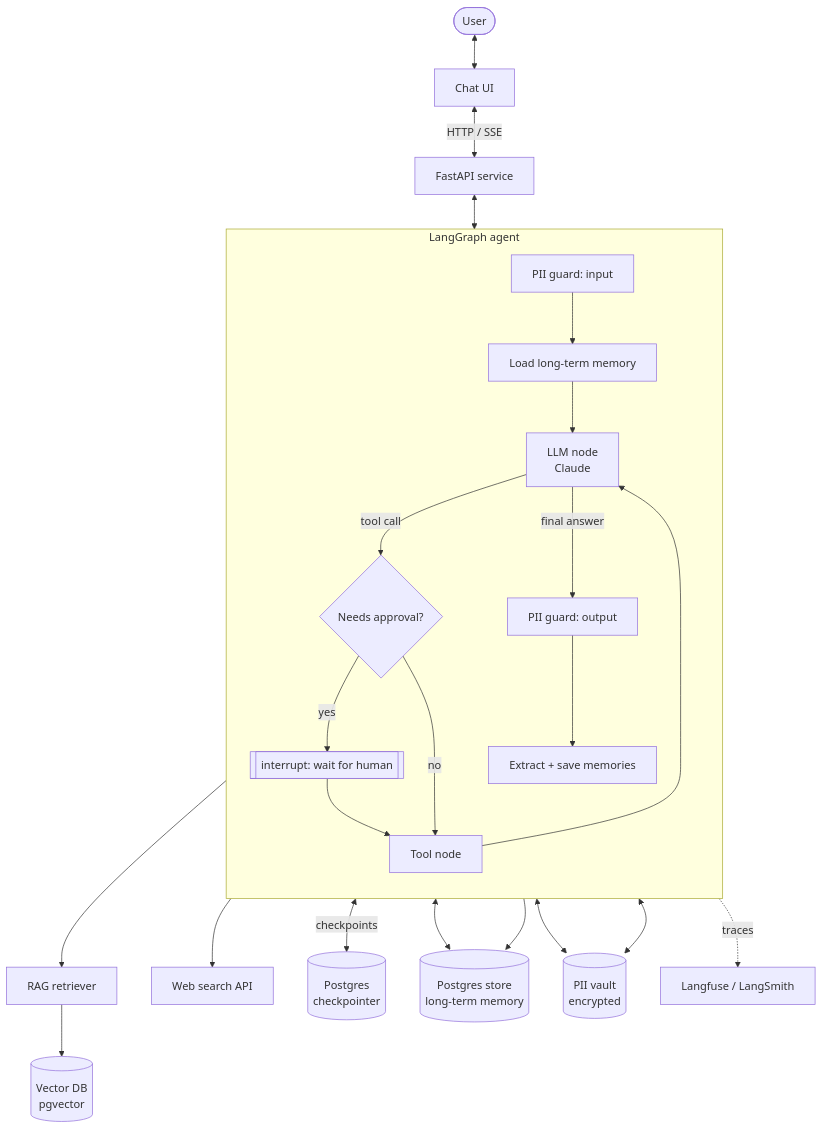
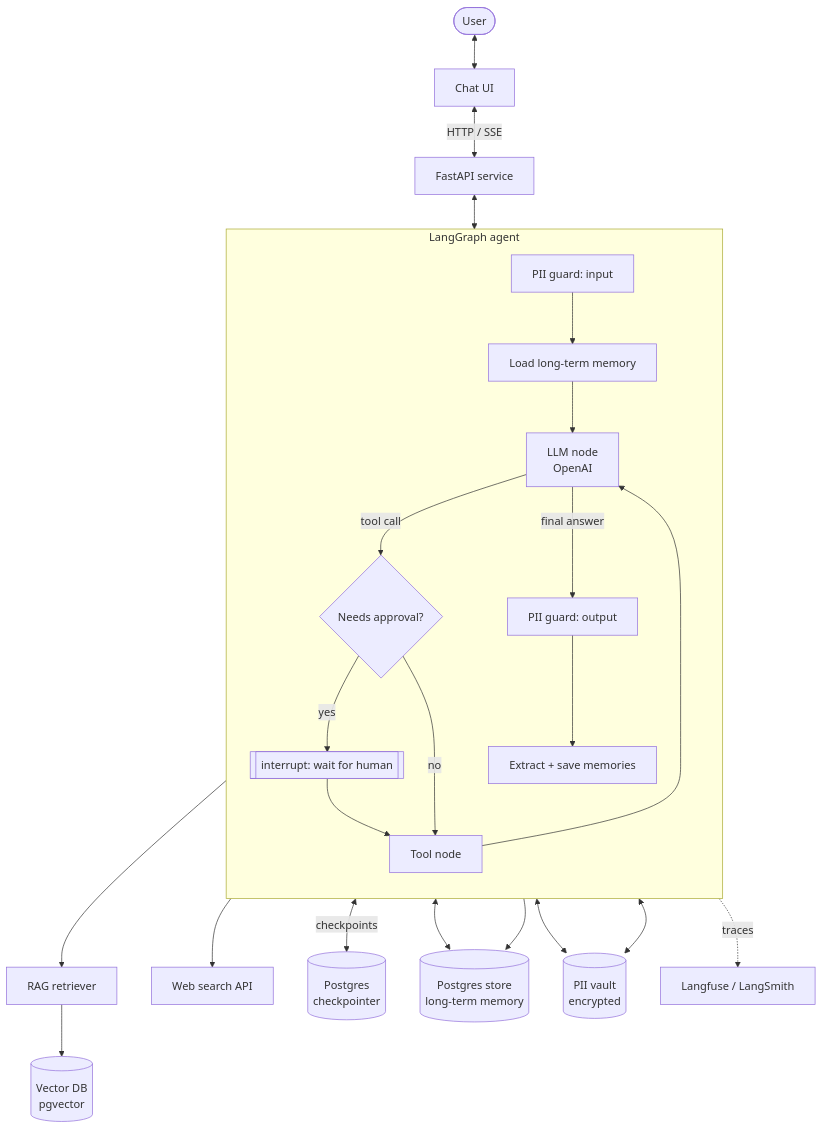
One commit to Anirudh1905/agentic-ai-chatbot changed the second of 2 diagrams in docs/README.md. Above: the diagram before and after it, drawn with Mermaid. The commit also changed other lines of this file and 29 other files, not shown here.

````diff
--- a/docs/README.md
+++ b/docs/README.md
@@ -40,30 +40,30 @@
 ```mermaid
 flowchart TB
     User([User]) <--> UI[Chat UI]
     UI <-->|HTTP / SSE| API[FastAPI service]
 
     subgraph Agent["LangGraph agent"]
         direction TB
         PIIin[PII guard: input] --> LoadMem[Load long-term memory]
-        LoadMem --> LLM[LLM node<br/>Claude]
+        LoadMem --> LLM[LLM node<br/>OpenAI]
         LLM -->|tool call| HITL{Needs approval?}
         HITL -->|yes| Interrupt[[interrupt: wait for human]]
         Interrupt --> Tools
         HITL -->|no| Tools[Tool node]
         Tools --> LLM
         LLM -->|final answer| PIIout[PII guard: output]
         PIIout --> SaveMem[Extract + save memories]
     end
 
     API <--> Agent
 
     Tools --> RAG[RAG retriever]
     Tools --> Web[Web search API]
     RAG --> VDB[(Vector DB<br/>pgvector)]
     Agent <-->|checkpoints| CP[(Postgres<br/>checkpointer)]
     LoadMem <--> LTM[(Postgres store<br/>long-term memory)]
     SaveMem --> LTM
     PIIin <--> Vault[(PII vault<br/>encrypted)]
     PIIout <--> Vault
     Agent -.traces.-> Obs[Langfuse / LangSmith]
 ```
````
